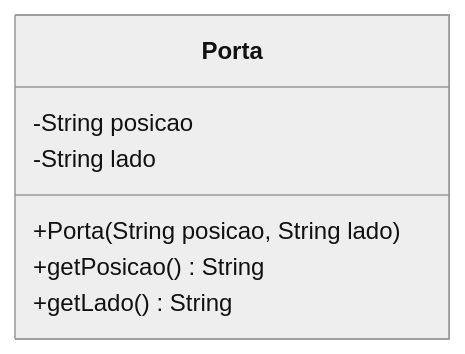
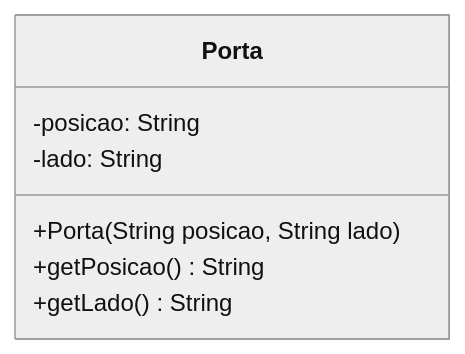
Before and after one commit to filipefernandesphd/DOO: diagram 11 of 13 in 2026.2/aula-09/slides/slides.md, drawn with Mermaid (neutral theme). The commit also changed other lines of this file, not shown here.

Commit message:
fix: Update class attribute syntax for consistency in UML diagrams

````diff
--- a/2026.2/aula-09/slides/slides.md
+++ b/2026.2/aula-09/slides/slides.md
@@ -283,10 +283,10 @@
 ```mermaid
 classDiagram
   class Porta {
-    -String posicao
-    -String lado
+    -posicao: String
+    -lado: String
     +Porta(String posicao, String lado)
     +getPosicao() String
     +getLado() String
   }
 ```
````
